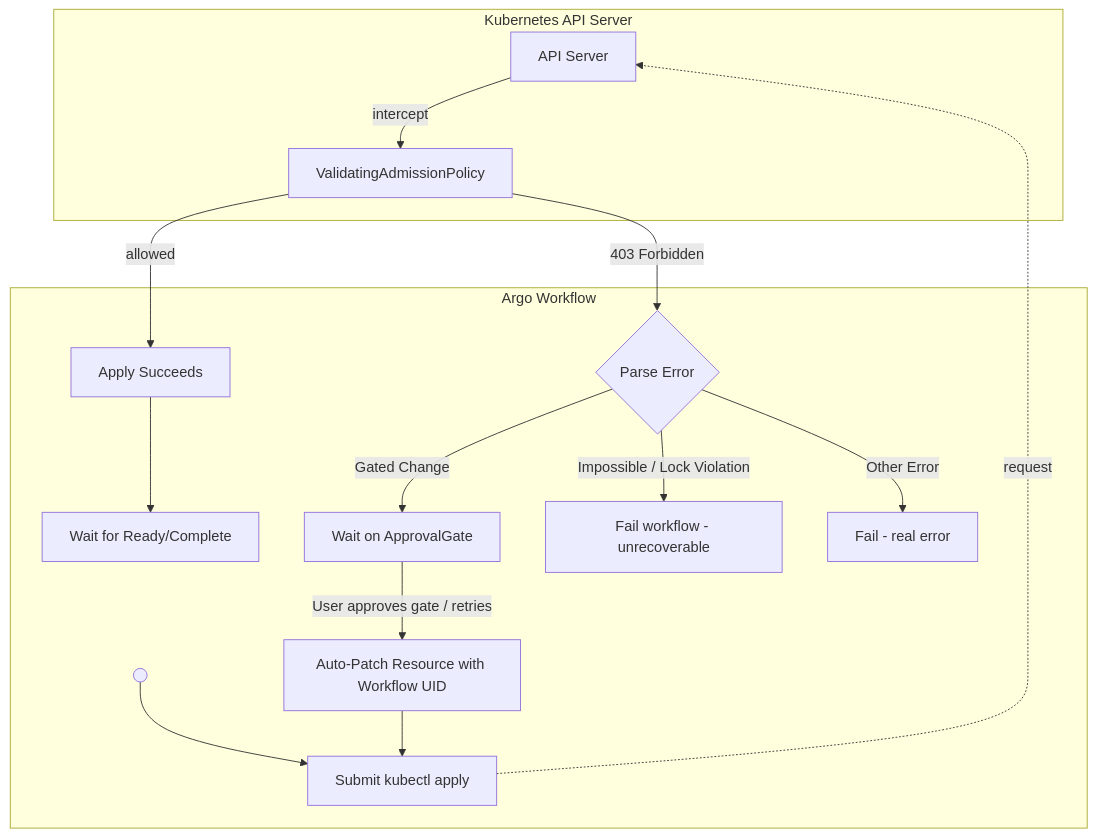
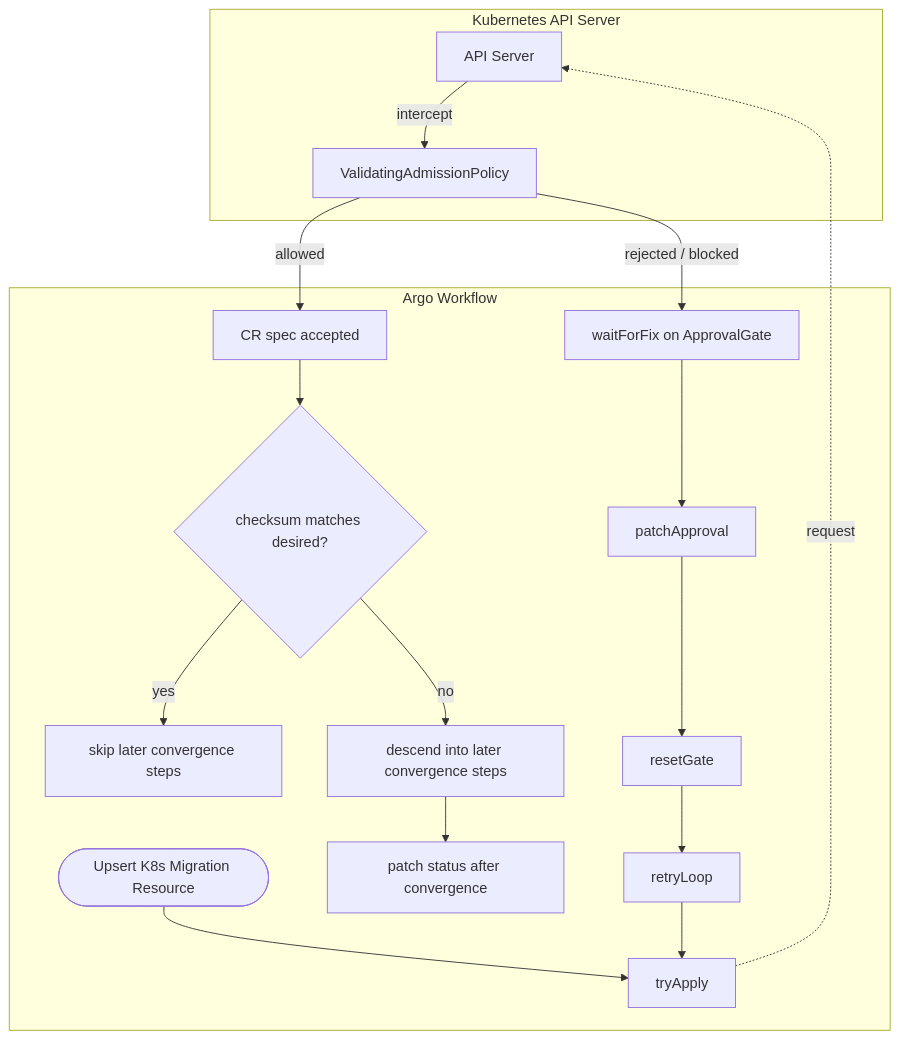
The diagram in docs/reconfiguringWorkflows.md (opensearch-project/opensearch-migrations), drawn with Mermaid before and after one commit. The commit also changed other lines of this file and 7 other files, not shown here.

````diff
--- a/docs/reconfiguringWorkflows.md
+++ b/docs/reconfiguringWorkflows.md
@@ -51,22 +51,23 @@
 ```mermaid
 flowchart TB
     subgraph K8s["Kubernetes API Server"]
         API[API Server]
         VAP[ValidatingAdmissionPolicy]
         API -->|intercept| VAP
     end
 
     subgraph Workflow["Argo Workflow"]
-        Start(( )) --> A
-        A[Submit kubectl apply] -.->|request| API
-        VAP -->|allowed| R[Apply Succeeds]
-        VAP -->|"403 Forbidden"| C{Parse Error}
-        R --> B[Wait for Ready/Complete]
-        C -->|"Gated Change"| D[Wait on ApprovalGate]
-        C -->|"Impossible / Lock Violation"| E[Fail workflow - unrecoverable]
-        C -->|"Other Error"| F[Fail - real error]
-        
-        D -->|"User approves gate / retries"| G[Auto-Patch Resource with Workflow UID]
-        G --> A
+        Start([Upsert K8s Migration Resource]) --> B[tryApply]
+        B -.->|request| API
+        VAP -->|allowed| R[CR spec accepted]
+        VAP -->|"rejected / blocked"| D[waitForFix on ApprovalGate]
+        R --> C{checksum matches desired?}
+        C -->|yes| S[skip later convergence steps]
+        C -->|no| T[descend into later convergence steps]
+        T --> U[patch status after convergence]
+        D --> E[patchApproval]
+        E --> F[resetGate]
+        F --> G[retryLoop]
+        G --> B
     end
 ```
````
